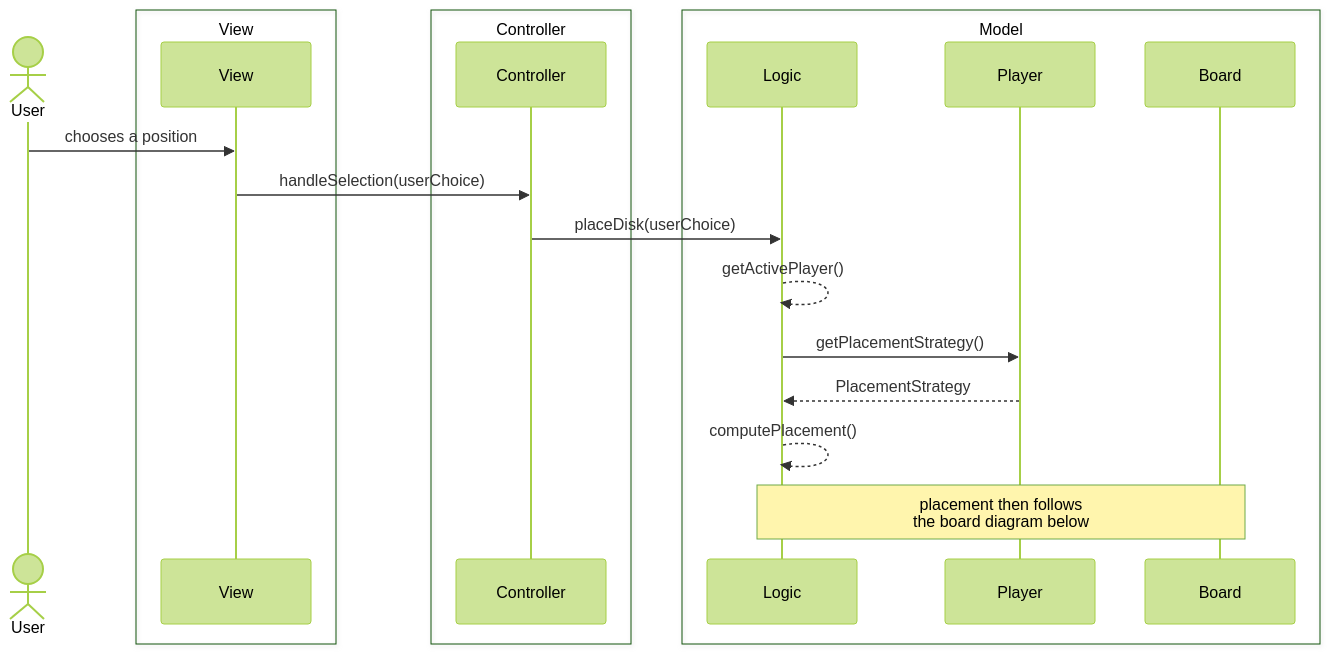
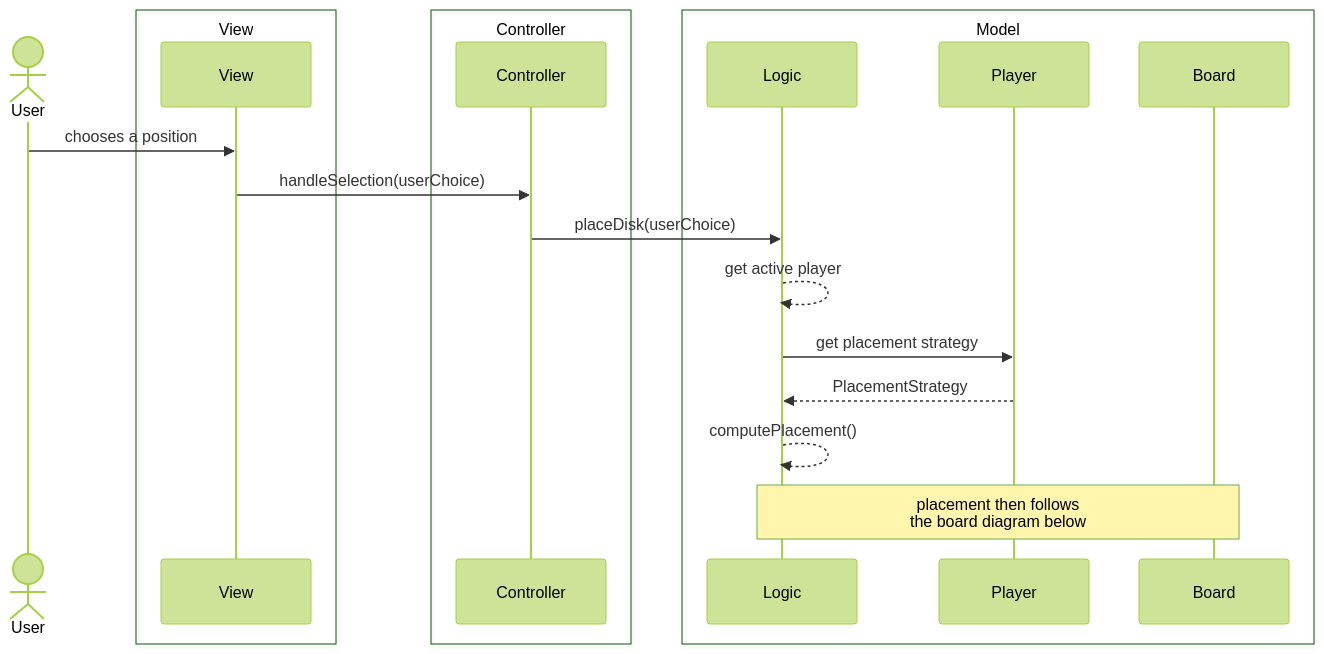
The fifth of 12 diagrams in docs/report/5-detailed-design.md (Borgotto/PPS-25-scalatello), drawn with Mermaid (forest theme) before and after one commit. The commit also changed other lines of this file and 2 other files, not shown here.

````diff
--- a/docs/report/5-detailed-design.md
+++ b/docs/report/5-detailed-design.md
@@ -203,23 +121,23 @@
 ```mermaid
 sequenceDiagram
     actor User
     box View
     participant View
     end
     box Controller
     participant Controller
     end
     box Model
     participant Logic
     participant Player
     participant Board
     end
     User->>View: chooses a position
     View->>Controller: handleSelection(userChoice)
     Controller->>Logic: placeDisk(userChoice)
-    Logic-->>Logic: getActivePlayer()
-    Logic->>Player: getPlacementStrategy()
+    Logic-->>Logic: get active player
+    Logic->>Player: get placement strategy
     Player-->>Logic: PlacementStrategy
     Logic-->>Logic: computePlacement()
     Note over Logic, Board: placement then follows<br> the board diagram below
 ```
````
